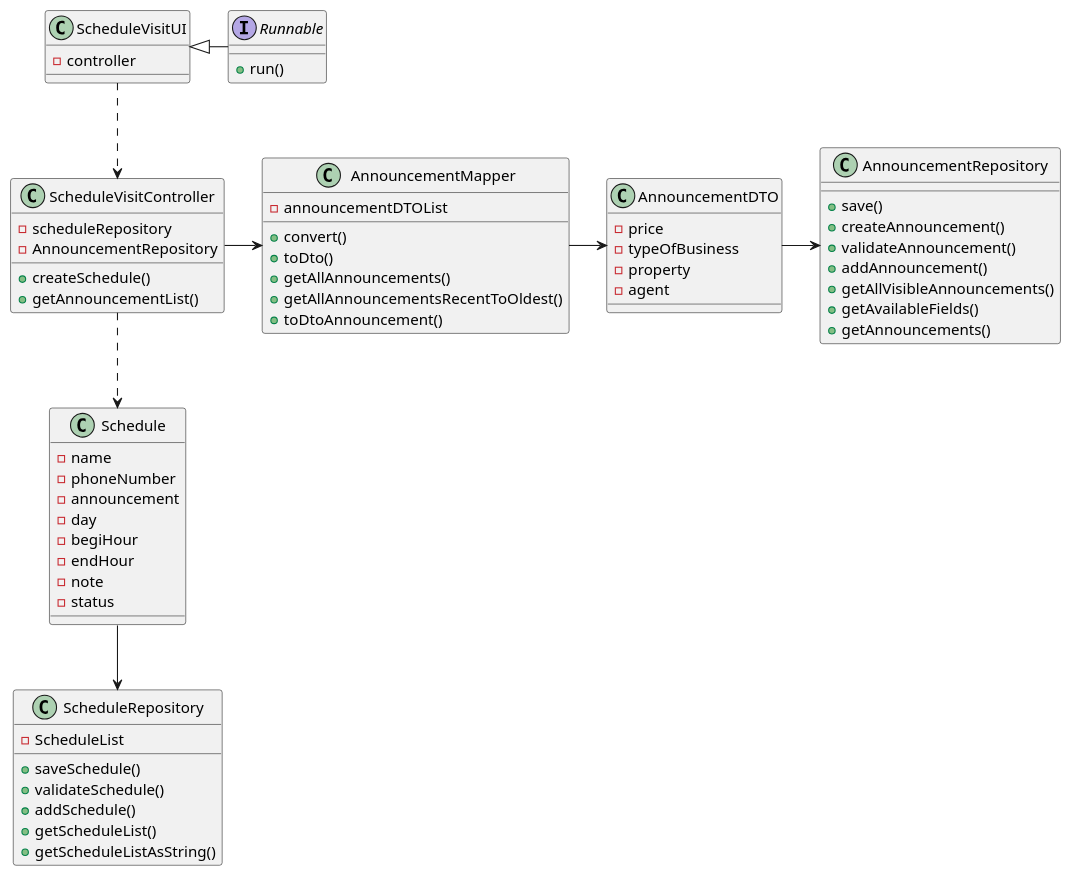
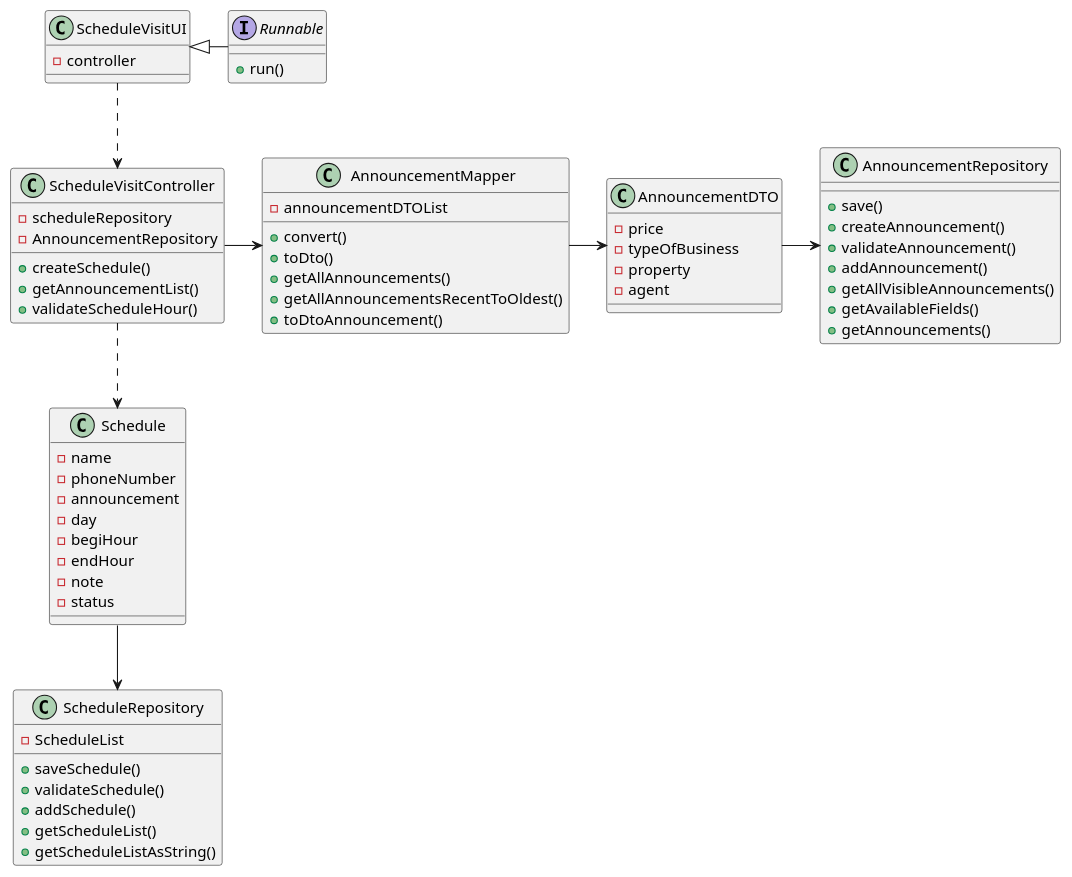
The diagram in docs/sprintC/US009/03.design/puml/CD.puml (tiagohcorreia/LAPR2), drawn with PlantUML before and after one commit.

Commit message:
US04- CD update

```diff
--- a/docs/sprintC/US009/03.design/puml/CD.puml
+++ b/docs/sprintC/US009/03.design/puml/CD.puml
@@ -1,80 +1,81 @@
 @startuml
 
 interface Runnable {
 
     + run()
 }
 
 class ScheduleVisitUI {
     - controller
 }
 
 class ScheduleVisitController {
 
     - scheduleRepository
     - AnnouncementRepository
     + createSchedule()
     + getAnnouncementList()
+    + validateScheduleHour()
 
 }
 
 class Schedule {
 
     - name
     - phoneNumber
     - announcement
     - day
     - begiHour
     - endHour
     - note
     - status
 }
 
 class ScheduleRepository {
 
     - ScheduleList
     + saveSchedule()
     + validateSchedule()
     + addSchedule()
     + getScheduleList()
     + getScheduleListAsString()
 }
 
 class AnnouncementRepository {
 
     + save()
     + createAnnouncement()
     + validateAnnouncement()
     + addAnnouncement()
     + getAllVisibleAnnouncements()
     + getAvailableFields()
     + getAnnouncements()
 }
 
 class AnnouncementDTO {
 
     - price
     - typeOfBusiness
     - property
     - agent
 }
 class AnnouncementMapper {
 
     - announcementDTOList
     + convert()
     + toDto()
     + getAllAnnouncements()
     + getAllAnnouncementsRecentToOldest()
     + toDtoAnnouncement()
 }
 
 
 Runnable -left-|> ScheduleVisitUI
 ScheduleVisitUI ..> ScheduleVisitController
 ScheduleVisitController -> AnnouncementMapper
 AnnouncementMapper -> AnnouncementDTO
 AnnouncementDTO -> AnnouncementRepository
 ScheduleVisitController ..> Schedule
 Schedule --> ScheduleRepository
 
 @enduml
```
